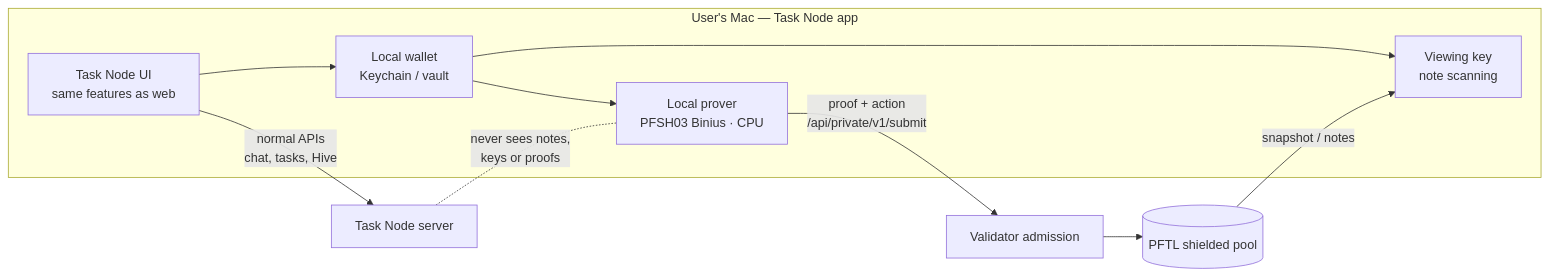
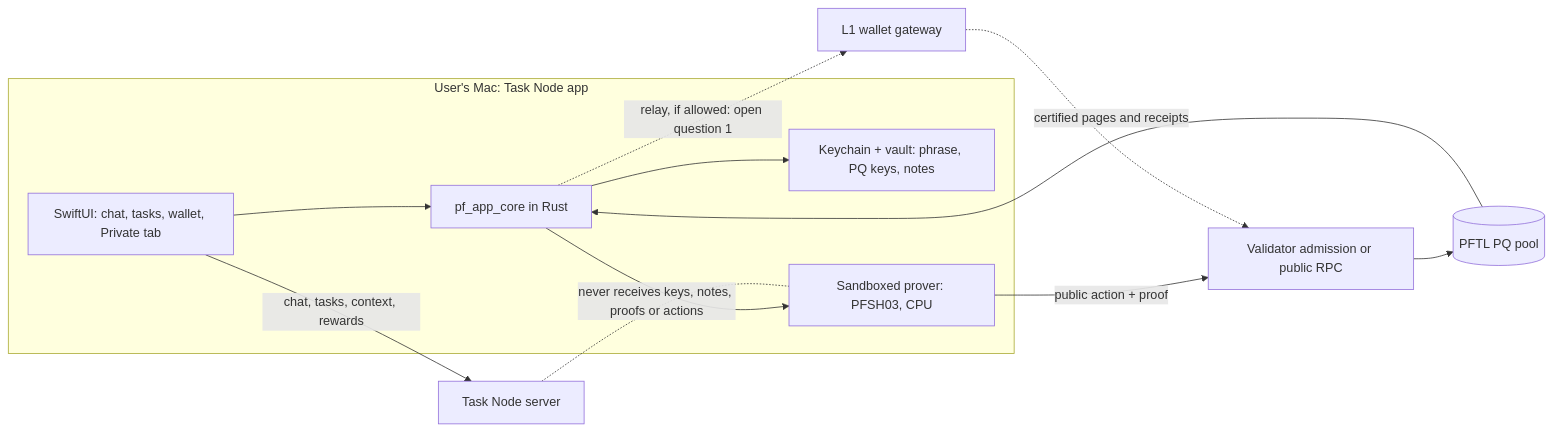
The first of 2 diagrams in big_milestone/pillars/05-local-task-node.md (postfiatorg/postfiatl1v2), drawn with Mermaid before and after one commit. The commit also changed other lines of this file and 44 other files, not shown here.

````diff
--- a/big_milestone/pillars/05-local-task-node.md
+++ b/big_milestone/pillars/05-local-task-node.md
@@ -41,13 +49,15 @@
 ```mermaid
 flowchart LR
-    subgraph "User's Mac — Task Node app"
-      UI[Task Node UI<br/>same features as web] --> W[Local wallet<br/>Keychain / vault]
-      W --> PR[Local prover<br/>PFSH03 Binius · CPU]
-      W --> VK[Viewing key<br/>note scanning]
+    subgraph MAC["User's Mac: Task Node app"]
+      UI["SwiftUI: chat, tasks, wallet, Private tab"] --> CORE["pf_app_core in Rust"]
+      CORE --> KV["Keychain + vault: phrase, PQ keys, notes"]
+      CORE --> PR["Sandboxed prover: PFSH03, CPU"]
     end
-    UI -- normal APIs<br/>chat, tasks, Hive --> TN[Task Node server]
-    PR -- proof + action<br/>/api/private/v1/submit --> VA[Validator admission]
-    VA --> PFTL[(PFTL shielded pool)]
-    PFTL -- snapshot / notes --> VK
-    TN -. never sees notes,<br/>keys or proofs .- PR
+    UI -- "chat, tasks, context, rewards" --> TN["Task Node server"]
+    PR -- "public action + proof" --> ADM["Validator admission or public RPC"]
+    CORE -. "relay, if allowed: open question 1" .-> GW["L1 wallet gateway"]
+    GW -.-> ADM
+    ADM --> PFTL[("PFTL PQ pool")]
+    PFTL -- "certified pages and receipts" --> CORE
+    TN -. "never receives keys, notes, proofs or actions" .- PR
 ```
````
